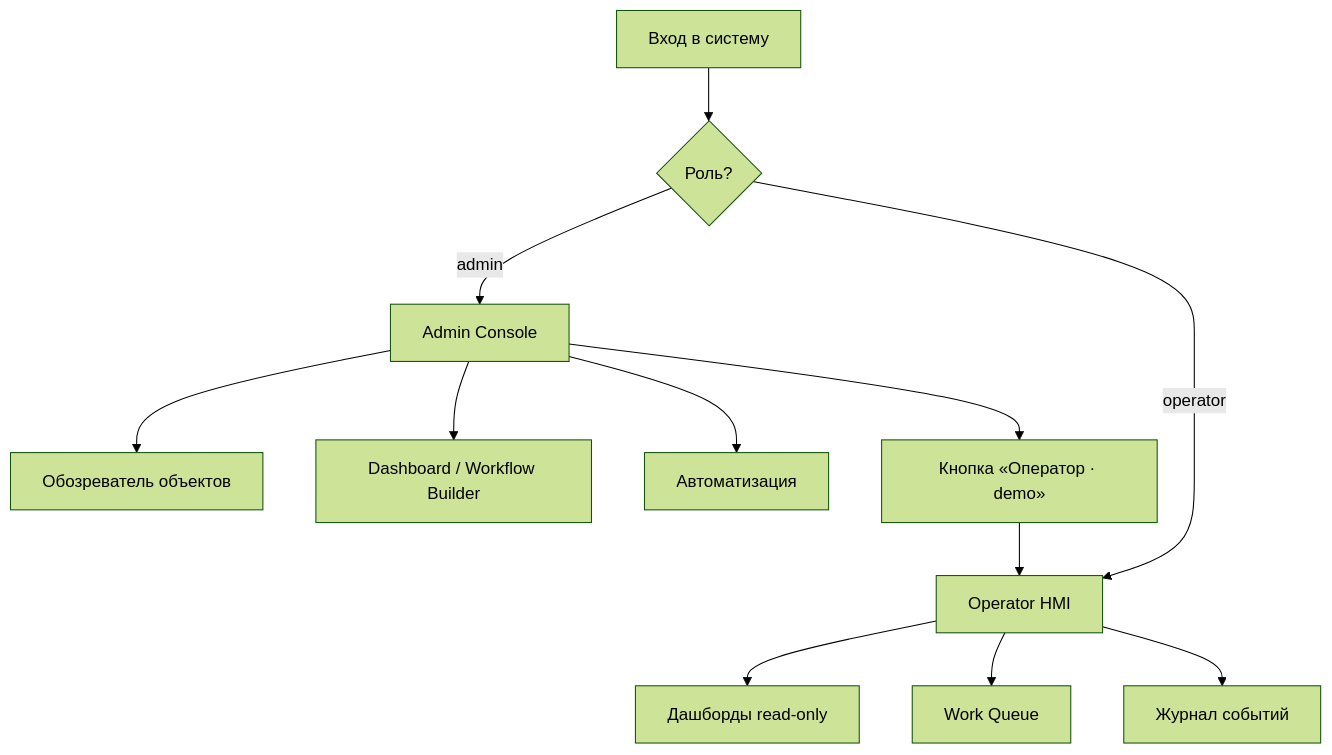
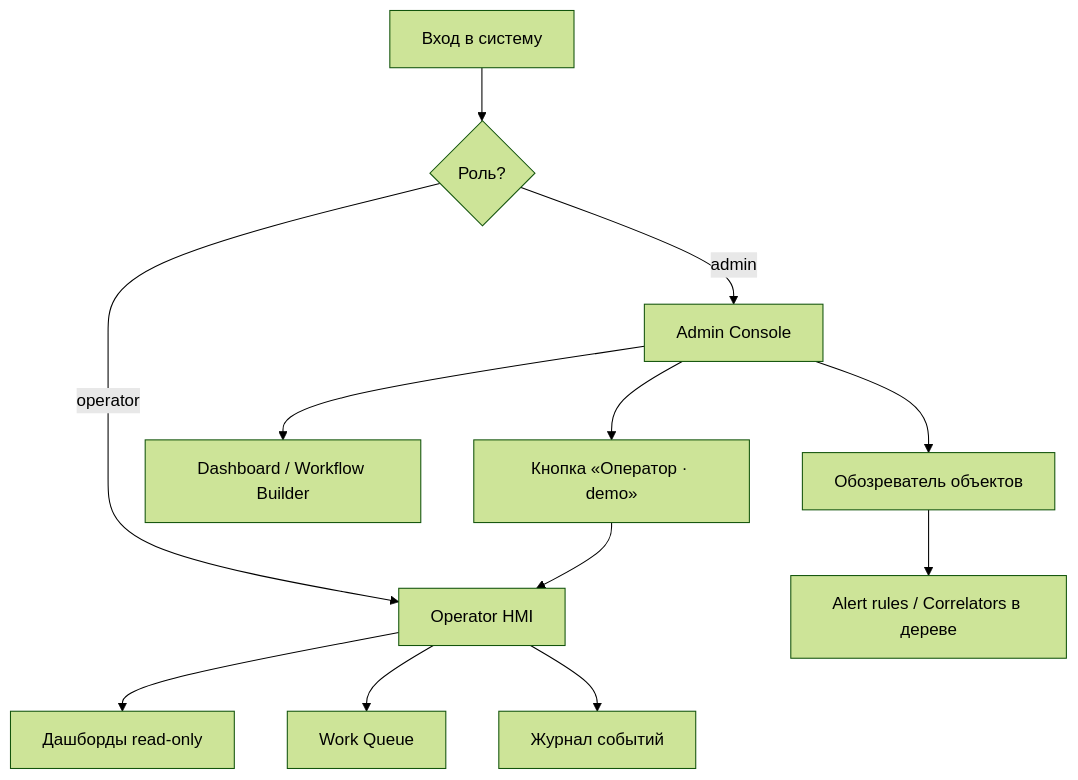
The second of 2 diagrams in docs/PRODUCT.md (Yuriy-Ignated/IoT-Solutions-Platform-fork), drawn with Mermaid (forest theme) before and after one commit. The commit also changed other lines of this file and 14 other files, not shown here.

````diff
--- a/docs/PRODUCT.md
+++ b/docs/PRODUCT.md
@@ -174,14 +176,14 @@
 ```mermaid
 flowchart TD
     LOGIN[Вход в систему] --> ROLE{Роль?}
     ROLE -->|admin| ADMIN[Admin Console]
     ROLE -->|operator| OP[Operator HMI]
     ADMIN --> EXPLORER[Обозреватель объектов]
     ADMIN --> BUILDER[Dashboard / Workflow Builder]
-    ADMIN --> AUTO[Автоматизация]
+    EXPLORER --> AUTO[Alert rules / Correlators в дереве]
     ADMIN --> OPBTN[Кнопка «Оператор · demo»]
     OPBTN --> OP
     OP --> DASH[Дашборды read-only]
     OP --> WQ[Work Queue]
     OP --> EJ[Журнал событий]
 ```
````
